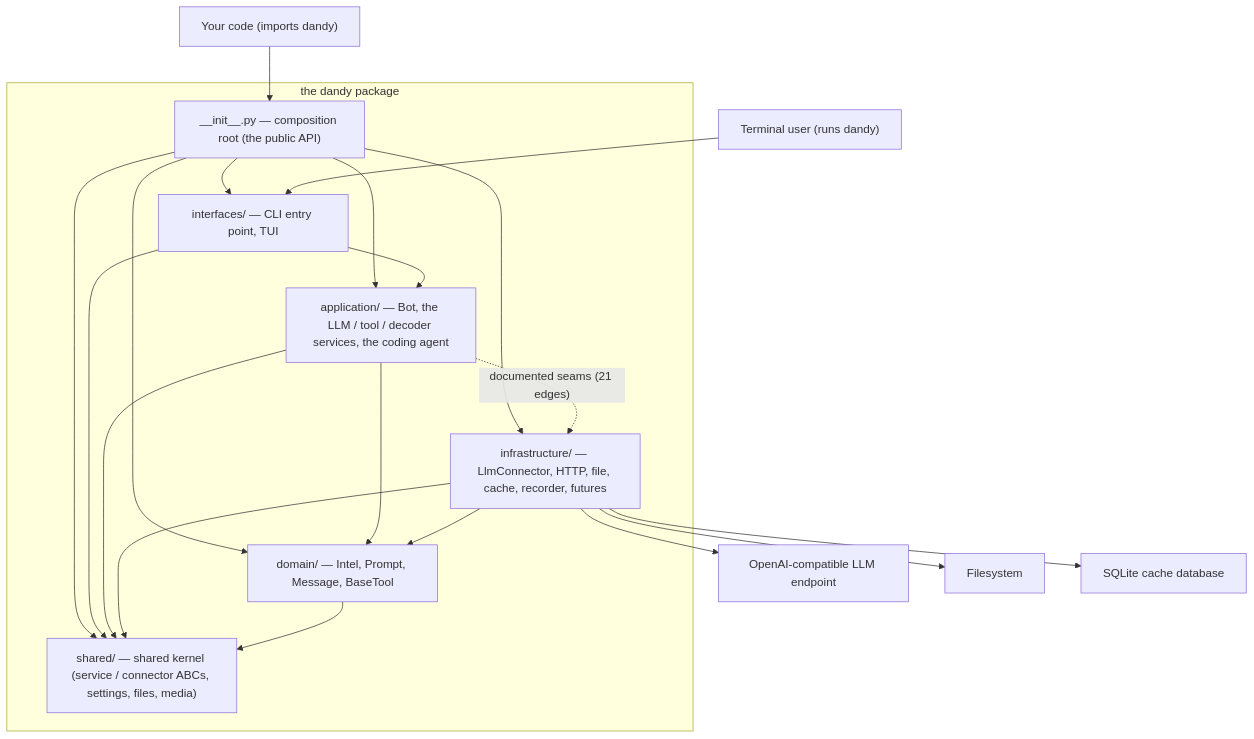
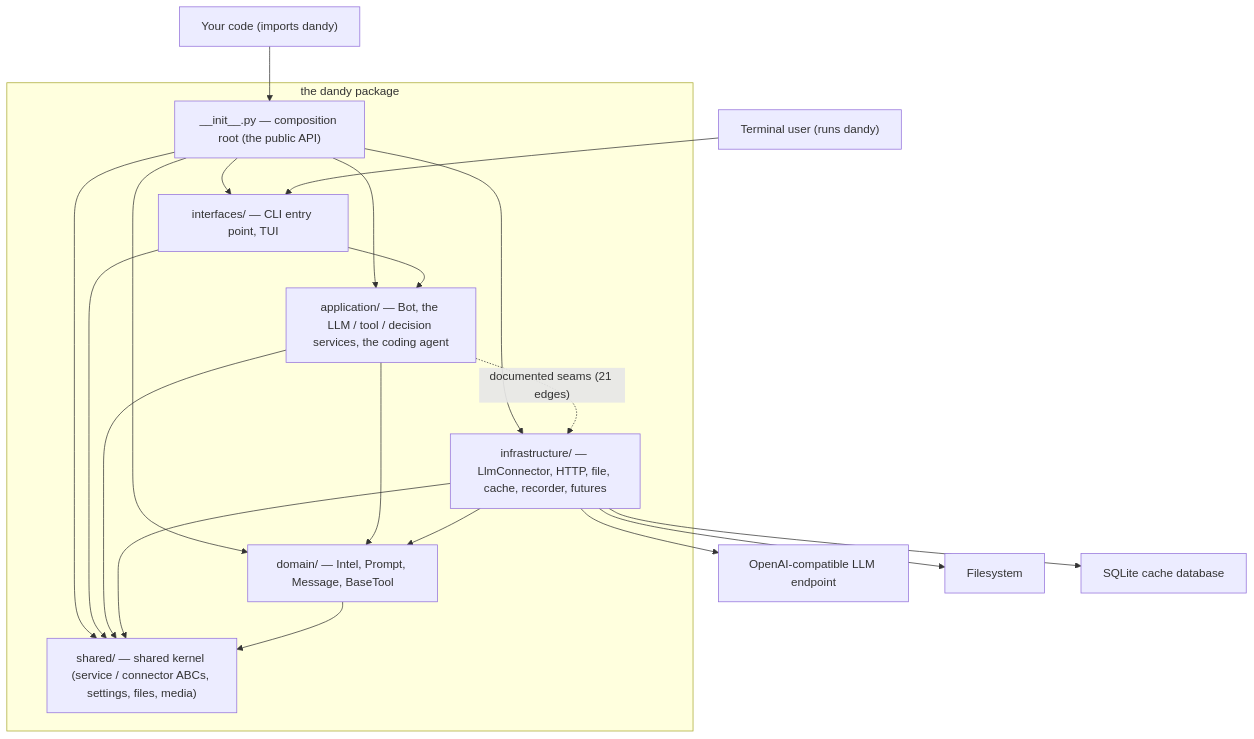
Before and after one commit to stratusadv/dandy: the diagram in docs/architecture/layering.md, drawn with Mermaid. The commit also changed other lines of this file and 186 other files, not shown here.

````diff
--- a/docs/architecture/layering.md
+++ b/docs/architecture/layering.md
@@ -23,38 +23,38 @@
 ```mermaid
 flowchart TB
     You["Your code (imports dandy)"]
     Operator["Terminal user (runs dandy)"]
     LLM["OpenAI-compatible LLM endpoint"]
     FS["Filesystem"]
     DB["SQLite cache database"]
 
     subgraph Dandy["the dandy package"]
         Root["__init__.py — composition root (the public API)"]
         Interfaces["interfaces/ — CLI entry point, TUI"]
-        Application["application/ — Bot, the LLM / tool / decoder services, the coding agent"]
+        Application["application/ — Bot, the LLM / tool / decision services, the coding agent"]
         Domain["domain/ — Intel, Prompt, Message, BaseTool"]
         Infra["infrastructure/ — LlmConnector, HTTP, file, cache, recorder, futures"]
         Kernel["shared/ — shared kernel (service / connector ABCs, settings, files, media)"]
 
         Root --> Interfaces
         Root --> Application
         Root --> Domain
         Root --> Infra
         Root --> Kernel
 
         Interfaces --> Application
         Interfaces --> Kernel
         Application --> Domain
         Application --> Kernel
         Application -. "documented seams (21 edges)" .-> Infra
         Infra --> Domain
         Infra --> Kernel
         Domain --> Kernel
     end
 
     You --> Root
     Operator --> Interfaces
     Infra --> LLM
     Infra --> FS
     Infra --> DB
 ```
````
